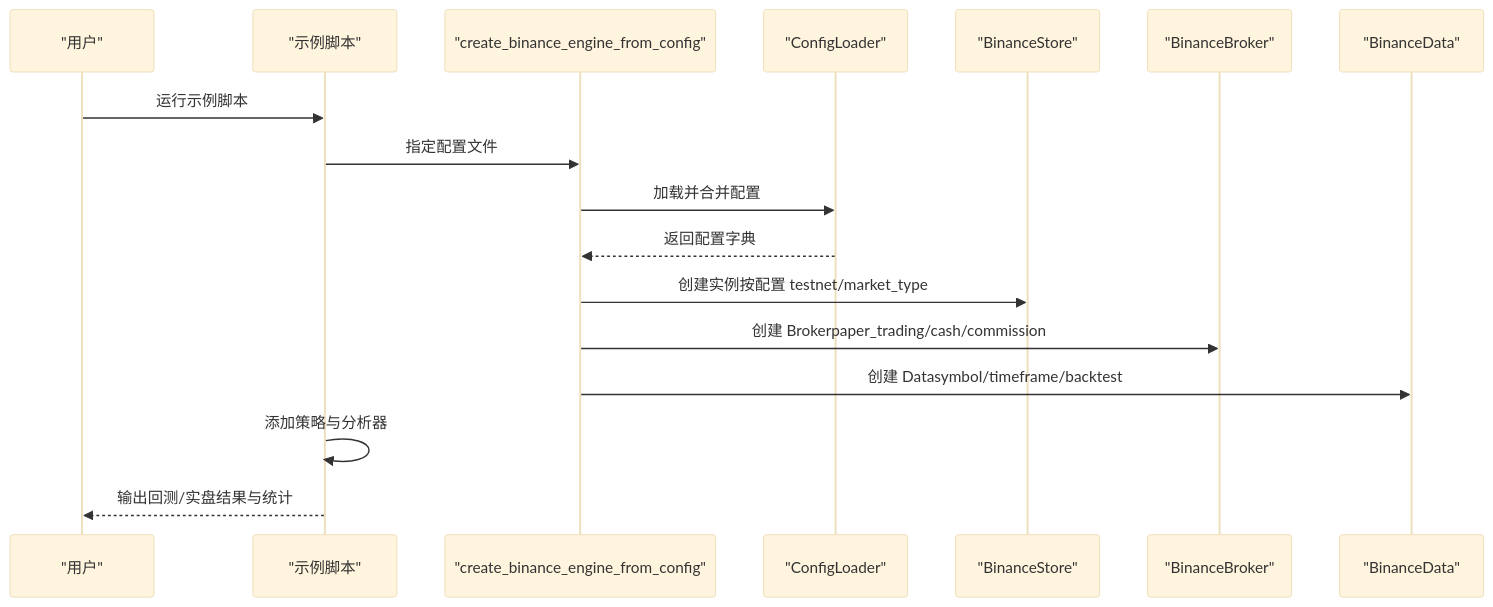
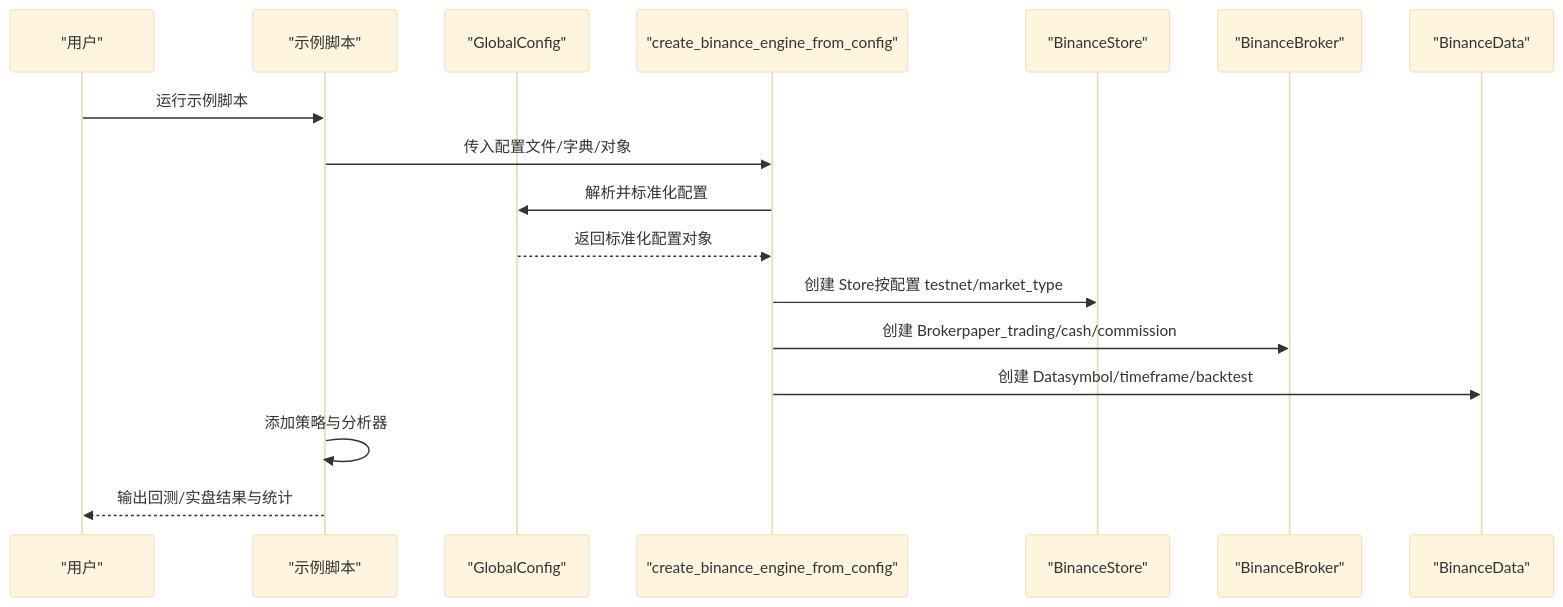
The second of 4 diagrams in .qoder/repowiki/zh/content/实盘交易模块/Binance交易所集成/示例脚本集.md (bench-prog/backtrader), drawn with Mermaid (base theme) before and after one commit. The commit also changed other lines of this file and 4 other files, not shown here.

````diff
--- a/.qoder/repowiki/zh/content/实盘交易模块/Binance交易所集成/示例脚本集.md
+++ b/.qoder/repowiki/zh/content/实盘交易模块/Binance交易所集成/示例脚本集.md
@@ -101,19 +114,19 @@
 ```mermaid
 sequenceDiagram
 participant U as "用户"
 participant EX as "示例脚本"
+participant CFG as "GlobalConfig"
 participant CF as "create_binance_engine_from_config"
-participant CL as "ConfigLoader"
 participant ST as "BinanceStore"
 participant BR as "BinanceBroker"
 participant DF as "BinanceData"
 U->>EX : 运行示例脚本
-EX->>CF : 指定配置文件
-CF->>CL : 加载并合并配置
-CL-->>CF : 返回配置字典
-CF->>ST : 创建实例按配置 testnet/market_type
+EX->>CF : 传入配置文件/字典/对象
+CF->>CFG : 解析并标准化配置
+CFG-->>CF : 返回标准化配置对象
+CF->>ST : 创建 Store按配置 testnet/market_type
 CF->>BR : 创建 Brokerpaper_trading/cash/commission
 CF->>DF : 创建 Datasymbol/timeframe/backtest
 EX->>EX : 添加策略与分析器
 EX-->>U : 输出回测/实盘结果与统计
 ```
````
